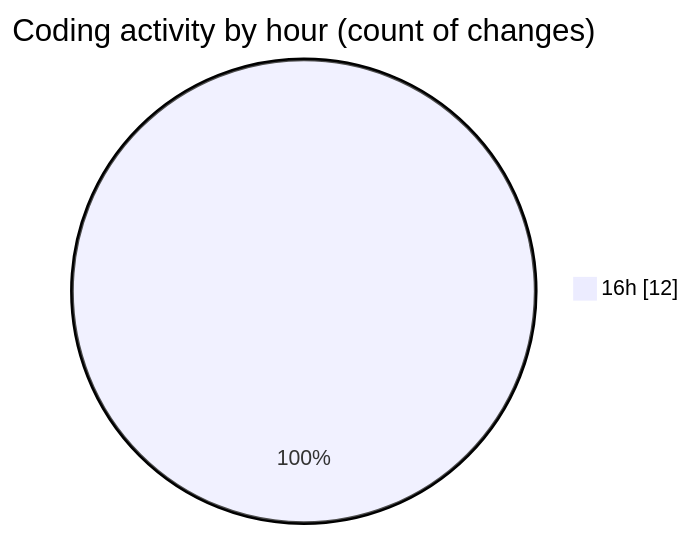
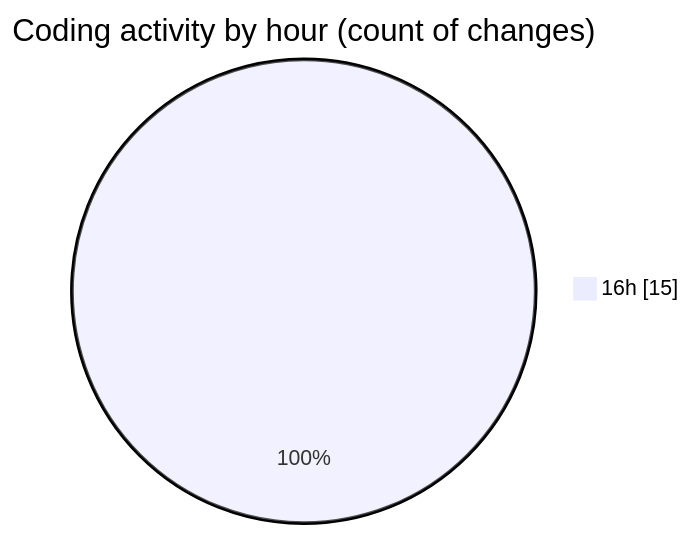
Before and after one commit to donsfak/code-tracking: the second of 2 diagrams in 2025-02-27/uber_clone/README.md, drawn with Mermaid. The commit also changed other lines of this file and 1 other file, not shown here.

````diff
--- a/2025-02-27/uber_clone/README.md
+++ b/2025-02-27/uber_clone/README.md
@@ -28,5 +28,5 @@
 ```mermaid
 pie showData
 title Coding activity by hour (count of changes)
-"16h" : 12
+"16h" : 15
 ```
````
